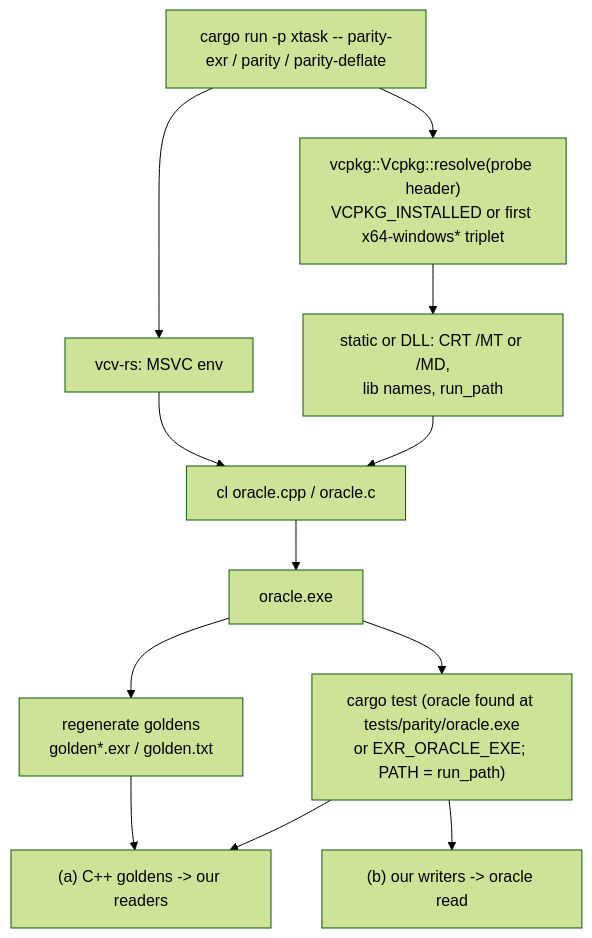
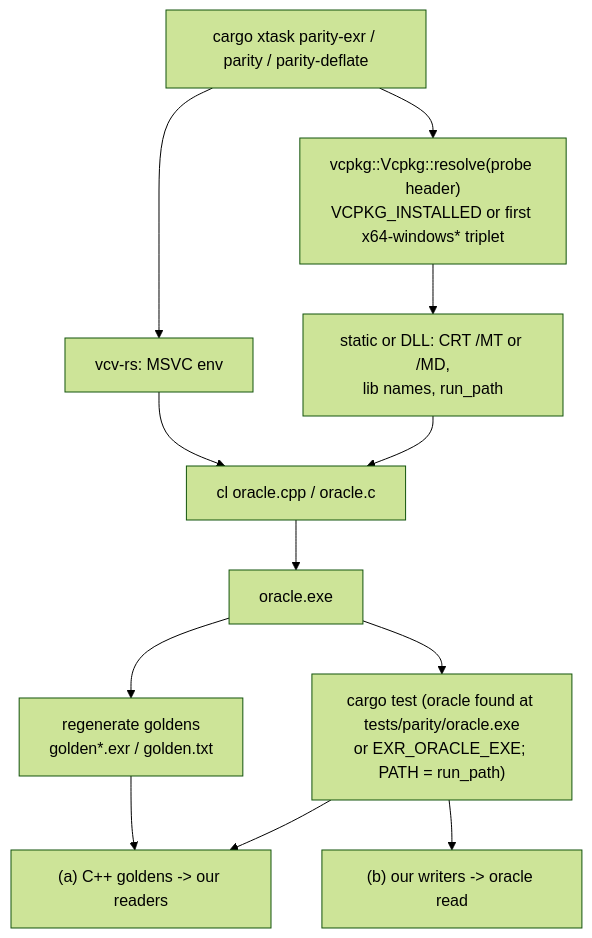
The eighth of 9 diagrams in docs/DIAGRAMS.md (ssoj13/exr-rs), drawn with Mermaid (forest theme) before and after one commit. The commit also changed 6 other files, not shown here.

First line of the commit message:
docs: cargo xtask, the one spelling

````diff
--- a/docs/DIAGRAMS.md
+++ b/docs/DIAGRAMS.md
@@ -161,14 +161,14 @@
 ```mermaid
 flowchart TD
-    X["cargo run -p xtask -- parity-exr / parity / parity-deflate"] --> V["vcv-rs: MSVC env"]
+    X["cargo xtask parity-exr / parity / parity-deflate"] --> V["vcv-rs: MSVC env"]
     X --> VP["vcpkg::Vcpkg::resolve(probe header)<br/>VCPKG_INSTALLED or first x64-windows* triplet"]
     VP --> L["static or DLL: CRT /MT or /MD,<br/>lib names, run_path"]
     V --> CL["cl oracle.cpp / oracle.c"]
     L --> CL
     CL --> OR["oracle.exe"]
     OR --> GD["regenerate goldens<br/>golden*.exr / golden.txt"]
     OR --> T["cargo test (oracle found at tests/parity/oracle.exe<br/>or EXR_ORACLE_EXE; PATH = run_path)"]
     GD --> A["(a) C++ goldens -> our readers"]
     T --> A
     T --> B["(b) our writers -> oracle read"]
 ```
````
